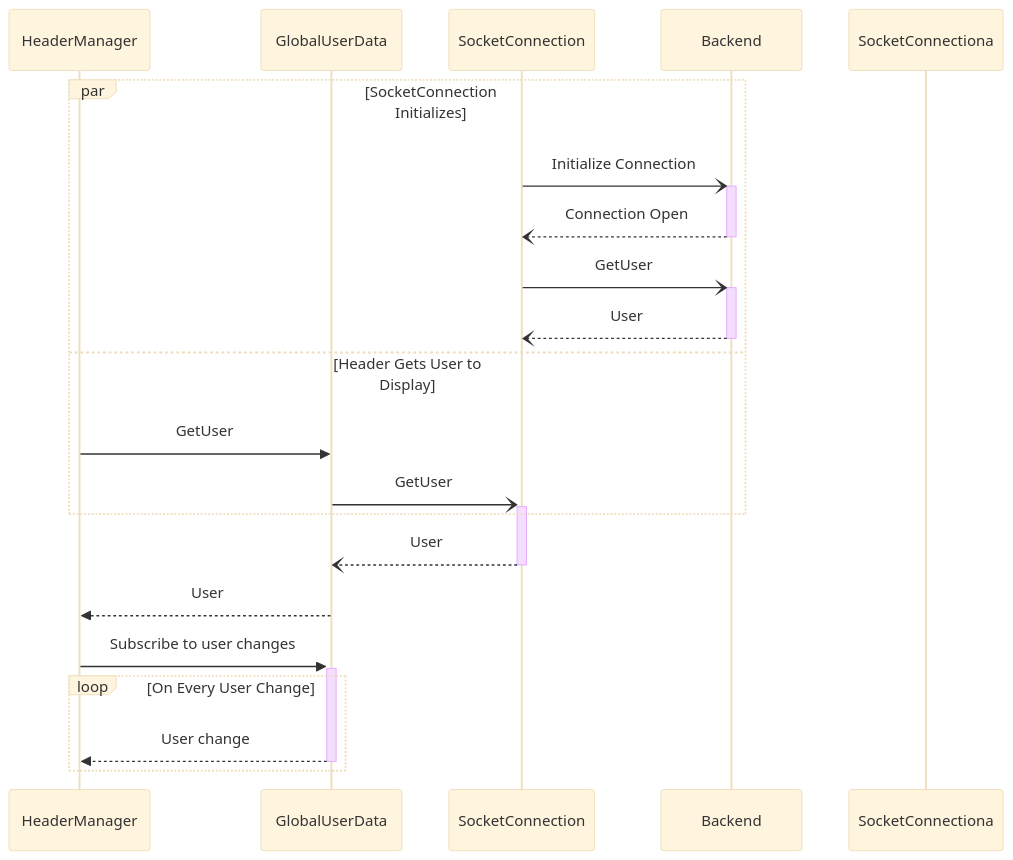
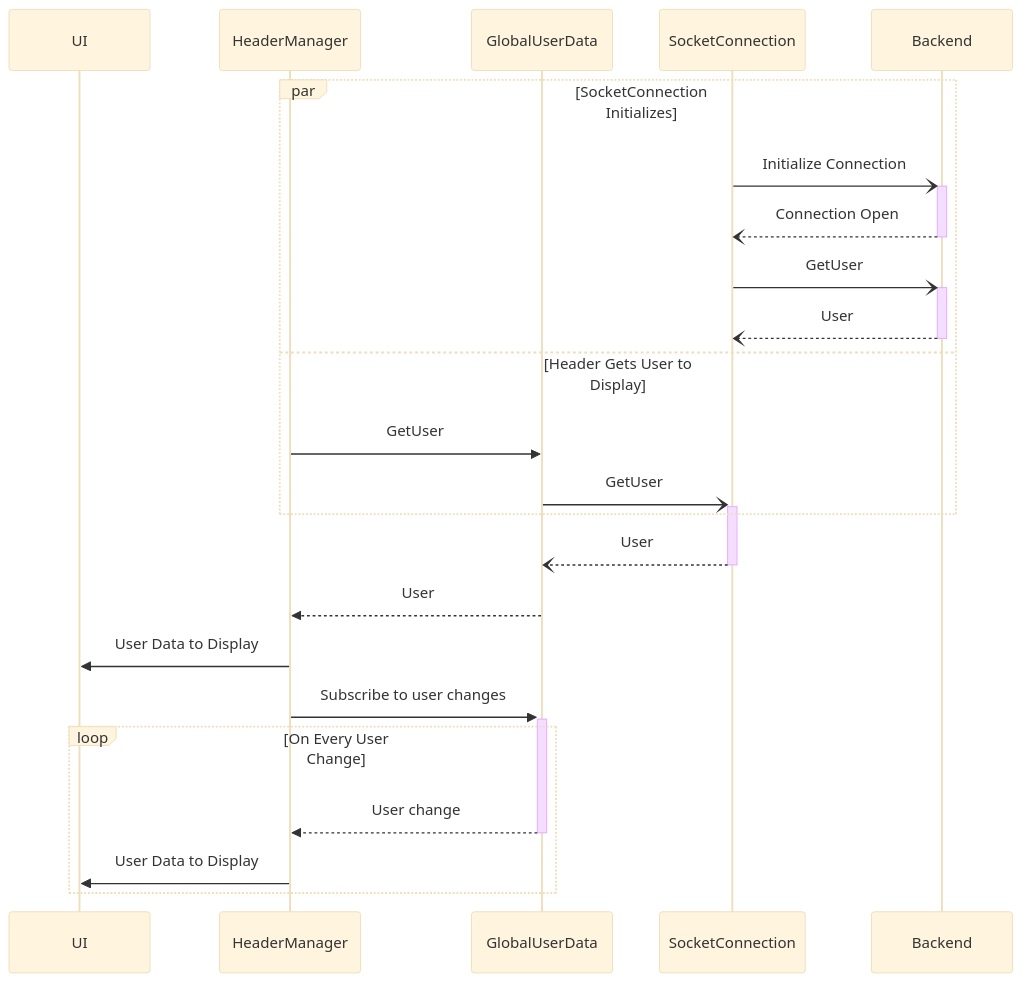
One commit to lambdaclass/afk_gacha_game changed the first of 2 diagrams in README.md. Above: the diagram before and after it, drawn with Mermaid (base theme). The commit also changed other lines of this file, not shown here.

Commit message:
client flow's description

````diff
--- a/README.md
+++ b/README.md
@@ -110,25 +120,27 @@
 ```mermaid
 	sequenceDiagram
+		participant UI
 		participant HeaderManager
 		participant GlobalUserData
 		participant SocketConnection
 		participant Backend
 
 		par SocketConnection Initializes
 			SocketConnection-)+Backend: Initialize Connection
 			Backend--)-SocketConnection: Connection Open
 			SocketConnection-)+Backend: GetUser
 			Backend--)-SocketConnection: User
 		and Header Gets User to Display
 			HeaderManager->>GlobalUserData: GetUser
 			GlobalUserData-)+SocketConnection: GetUser
 		end
 
 		SocketConnection--)-GlobalUserData: User
-		participant SocketConnectiona
 		GlobalUserData-->>HeaderManager: User
+		HeaderManager->>UI: User Data to Display
 		HeaderManager->>+GlobalUserData: Subscribe to user changes
 		loop On Every User Change
 			GlobalUserData-->>-HeaderManager: User change
+			HeaderManager->>UI: User Data to Display
 		end
 ```
````
